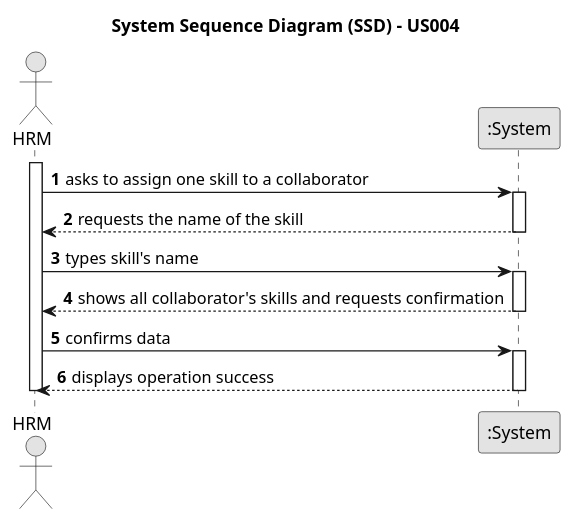
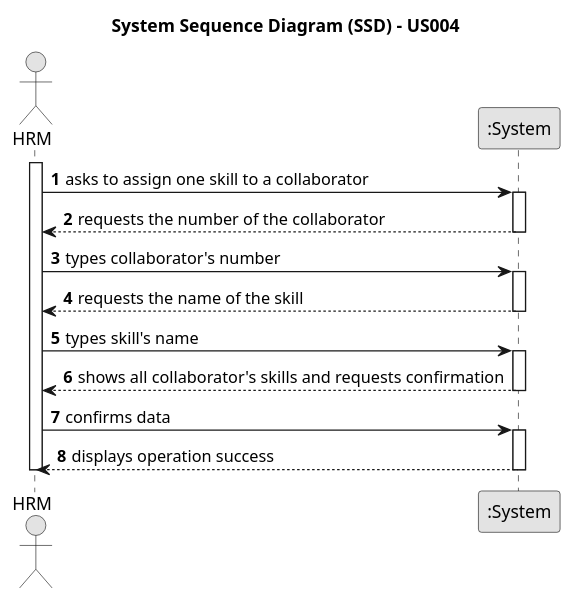
Before and after one commit to Departamento-de-Engenharia-Informatica/lei-24-s2-1dm-g132: the diagram in docs/sprintA/us004/01.requirements-engineering/puml/us004-system-sequence-diagram.puml, drawn with PlantUML. The commit also changed 1 other file, not shown here.

```diff
--- a/docs/sprintA/us004/01.requirements-engineering/puml/us004-system-sequence-diagram.puml
+++ b/docs/sprintA/us004/01.requirements-engineering/puml/us004-system-sequence-diagram.puml
@@ -1,34 +1,40 @@
 @startuml
 skinparam monochrome true
 skinparam packageStyle rectangle
 skinparam shadowing false
 
 title System Sequence Diagram (SSD) - US004
 
 autonumber
 
 actor "HRM" as Employee
 participant ":System" as System
 
 activate Employee
 
     Employee -> System : asks to assign one skill to a collaborator
+    activate System
+
+    System --> Employee : requests the number of the collaborator
+    deactivate System
+
+    Employee -> System : types collaborator's number
     activate System
 
     System --> Employee : requests the name of the skill
     deactivate System
 
     Employee -> System : types skill's name
     activate System
 
     System --> Employee : shows all collaborator's skills and requests confirmation
     deactivate System
 
     Employee -> System : confirms data
     activate System
 
     System --> Employee : displays operation success
     deactivate System
 
 deactivate Employee
 @enduml
```
